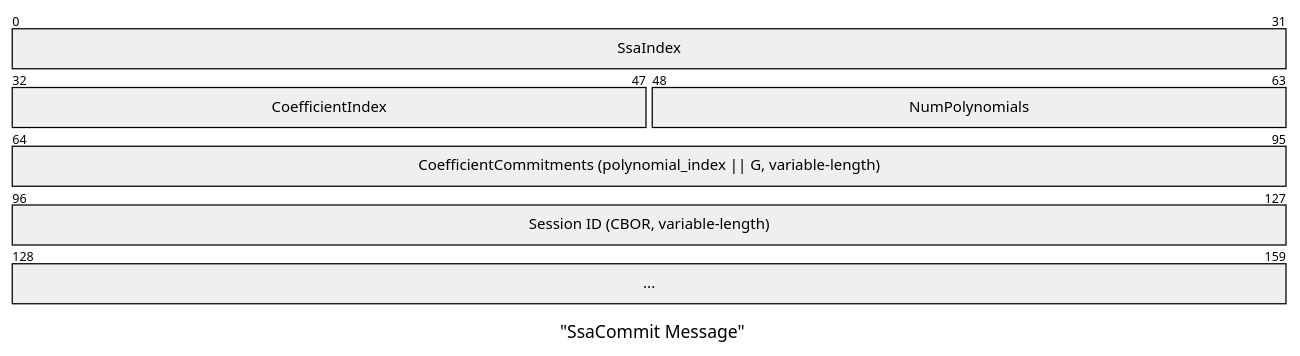
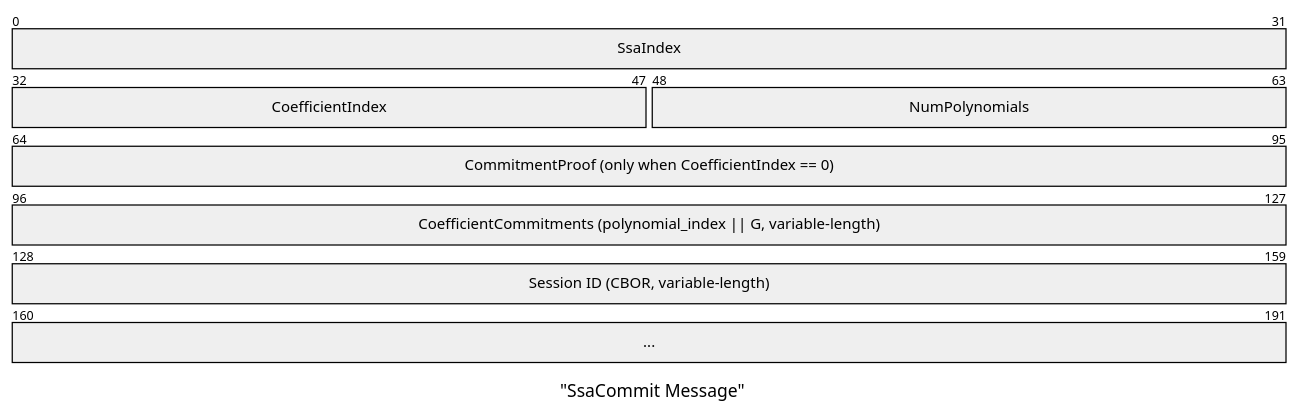
One commit to hoprnet/rfc changed the sixth of 13 diagrams in rfcs/RFC-0009-session-start-protocol/0009-session-start-protocol.md. Above: the diagram before and after it, drawn with Mermaid. The commit also changed other lines of this file and 2 other files, not shown here.

Commit message:
feat: add schnorr proof

````diff
--- a/rfcs/RFC-0009-session-start-protocol/0009-session-start-protocol.md
+++ b/rfcs/RFC-0009-session-start-protocol/0009-session-start-protocol.md
@@ -255,10 +262,11 @@
 ```mermaid
 packet
 title "SsaCommit Message"
 +32: "SsaIndex"
 +16: "CoefficientIndex"
 +16: "NumPolynomials"
++32: "CommitmentProof (only when CoefficientIndex == 0)"
 +32: "CoefficientCommitments (polynomial_index || G, variable-length)"
 +32: "Session ID (CBOR, variable-length)"
 +32: "..."
 ```
````
